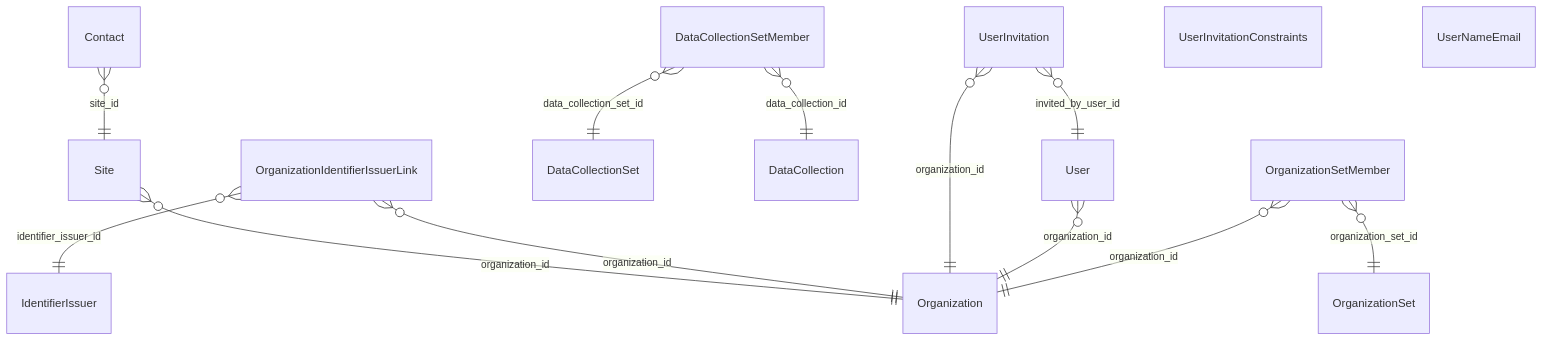
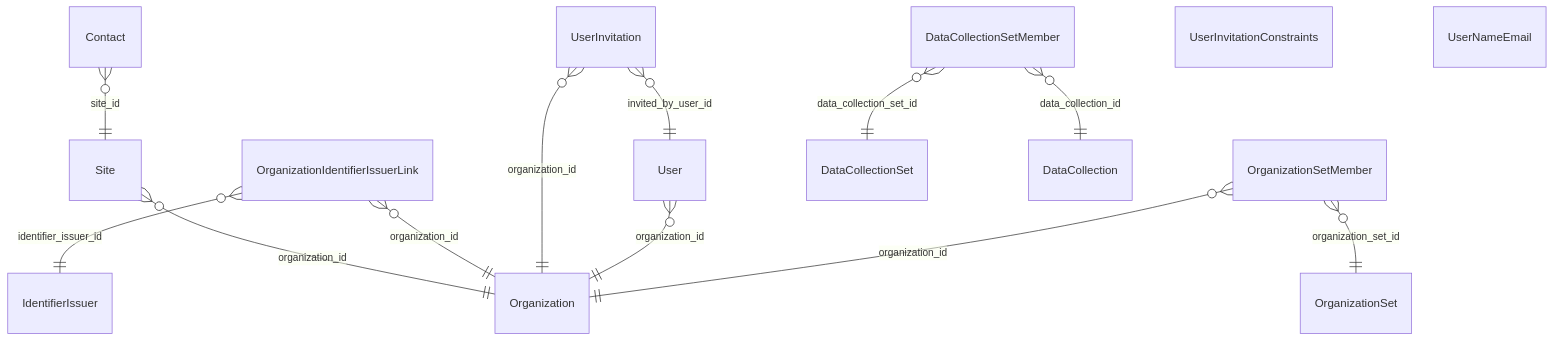
The diagram in docs/erm/seqdb.organization.md (RIVM-bioinformatics/gen-epix-api), drawn with Mermaid before and after one commit. The commit also changed other lines of this file and 40 other files, not shown here.

Commit message:
refactor: commondb config parsing (type verification) expanded chore: regenerated ERM diagrams

````diff
--- a/docs/erm/seqdb.organization.md
+++ b/docs/erm/seqdb.organization.md
@@ -5,24 +5,24 @@
 ```mermaid
 erDiagram
     %% seqdb / ORGANIZATION (simplified)
 
     %% Relationships
     Site }o--|| Organization : "organization_id"
     Contact }o--|| Site : "site_id"
     OrganizationIdentifierIssuerLink }o--|| Organization : "organization_id"
     OrganizationIdentifierIssuerLink }o--|| IdentifierIssuer : "identifier_issuer_id"
-    DataCollectionSetMember }o--|| DataCollectionSet : "data_collection_set_id"
-    DataCollectionSetMember }o--|| DataCollection : "data_collection_id"
     UserInvitation }o--|| Organization : "organization_id"
     UserInvitation }o--|| User : "invited_by_user_id"
     User }o--|| Organization : "organization_id"
     OrganizationSetMember }o--|| OrganizationSet : "organization_set_id"
     OrganizationSetMember }o--|| Organization : "organization_id"
+    DataCollectionSetMember }o--|| DataCollectionSet : "data_collection_set_id"
+    DataCollectionSetMember }o--|| DataCollection : "data_collection_id"
 
     UserInvitationConstraints {
     }
 
     UserNameEmail {
     }
 
 ```
````
